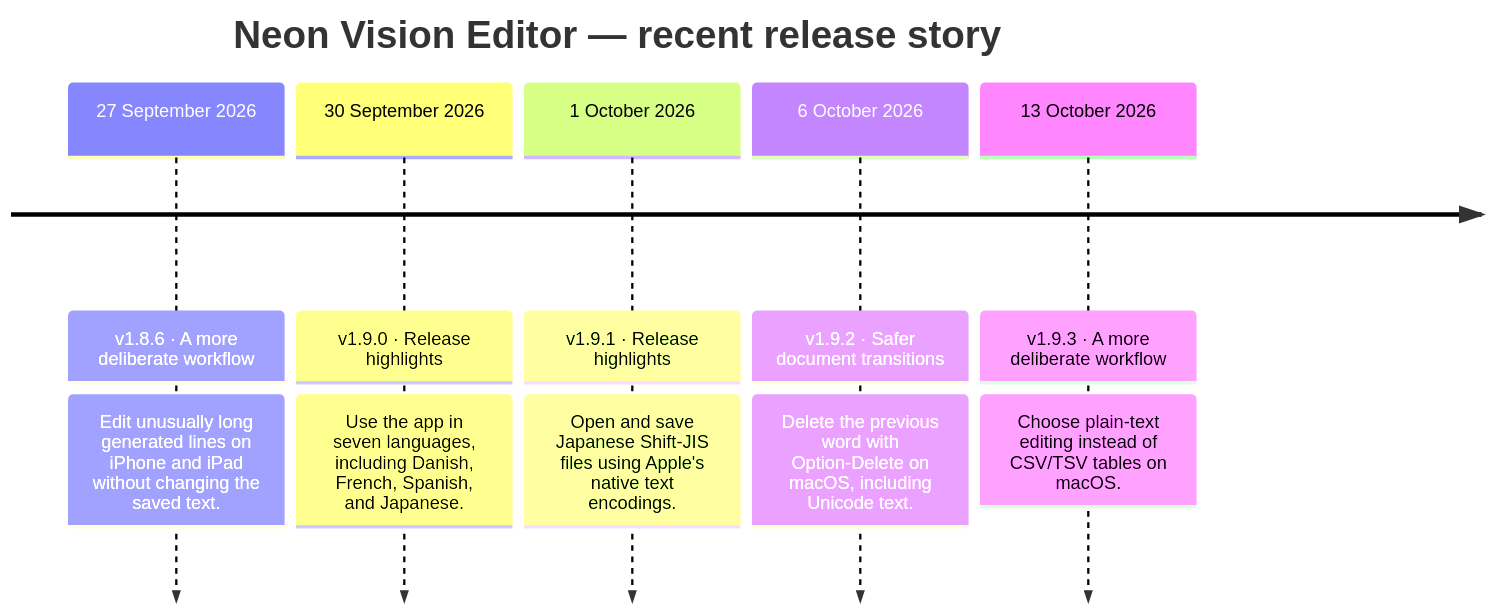
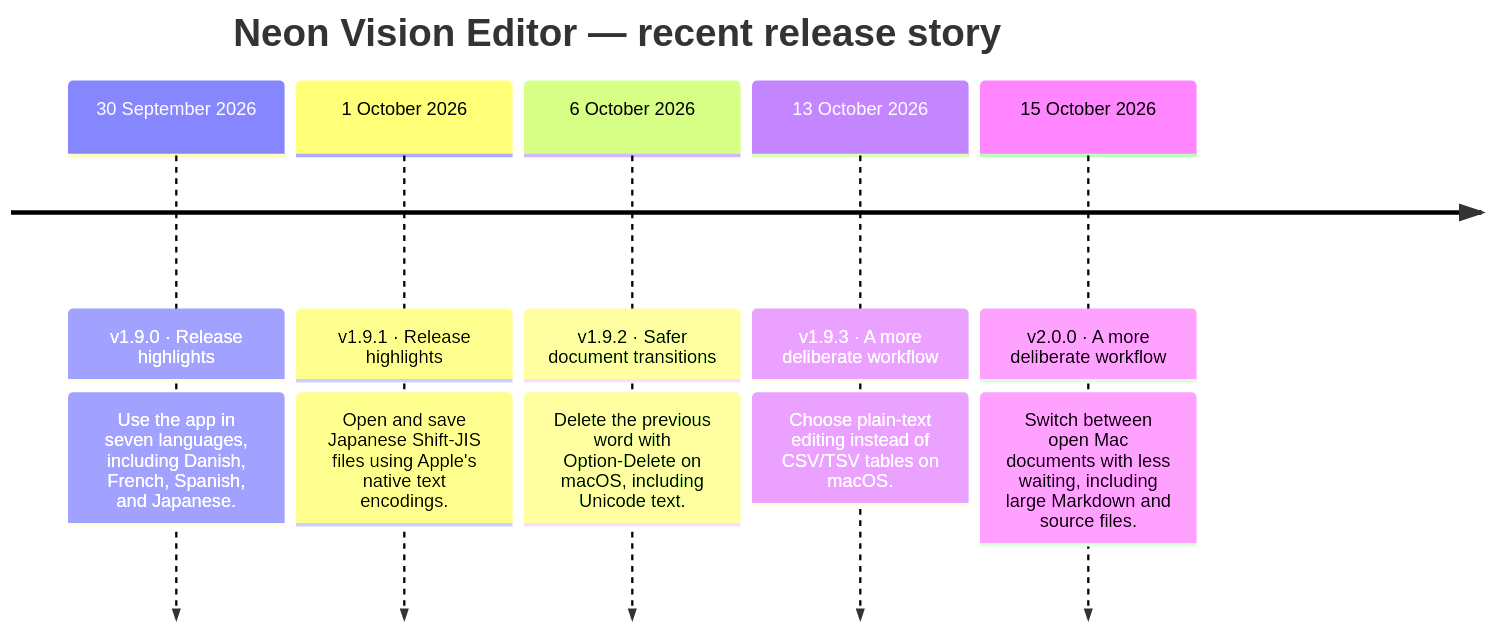
Before and after one commit to h3pdesign/Neon-Vision-Editor: the diagram in README.md, drawn with Mermaid. The commit also changed other lines of this file and 9 other files, not shown here.

````diff
--- a/README.md
+++ b/README.md
@@ -762,14 +748,14 @@
 ```mermaid
 timeline
     title Neon Vision Editor — recent release story
-    27 September 2026 : v1.8.6 · A more deliberate workflow
-                : Edit unusually long generated lines on iPhone and iPad without changing the saved text.
     30 September 2026 : v1.9.0 · Release highlights
                 : Use the app in seven languages, including Danish, French, Spanish, and Japanese.
     1 October 2026 : v1.9.1 · Release highlights
                 : Open and save Japanese Shift-JIS files using Apple's native text encodings.
     6 October 2026 : v1.9.2 · Safer document transitions
                 : Delete the previous word with Option-Delete on macOS, including Unicode text.
     13 October 2026 : v1.9.3 · A more deliberate workflow
                 : Choose plain-text editing instead of CSV/TSV tables on macOS.
+    15 October 2026 : v2.0.0 · A more deliberate workflow
+                : Switch between open Mac documents with less waiting, including large Markdown and source files.
 ```
````
